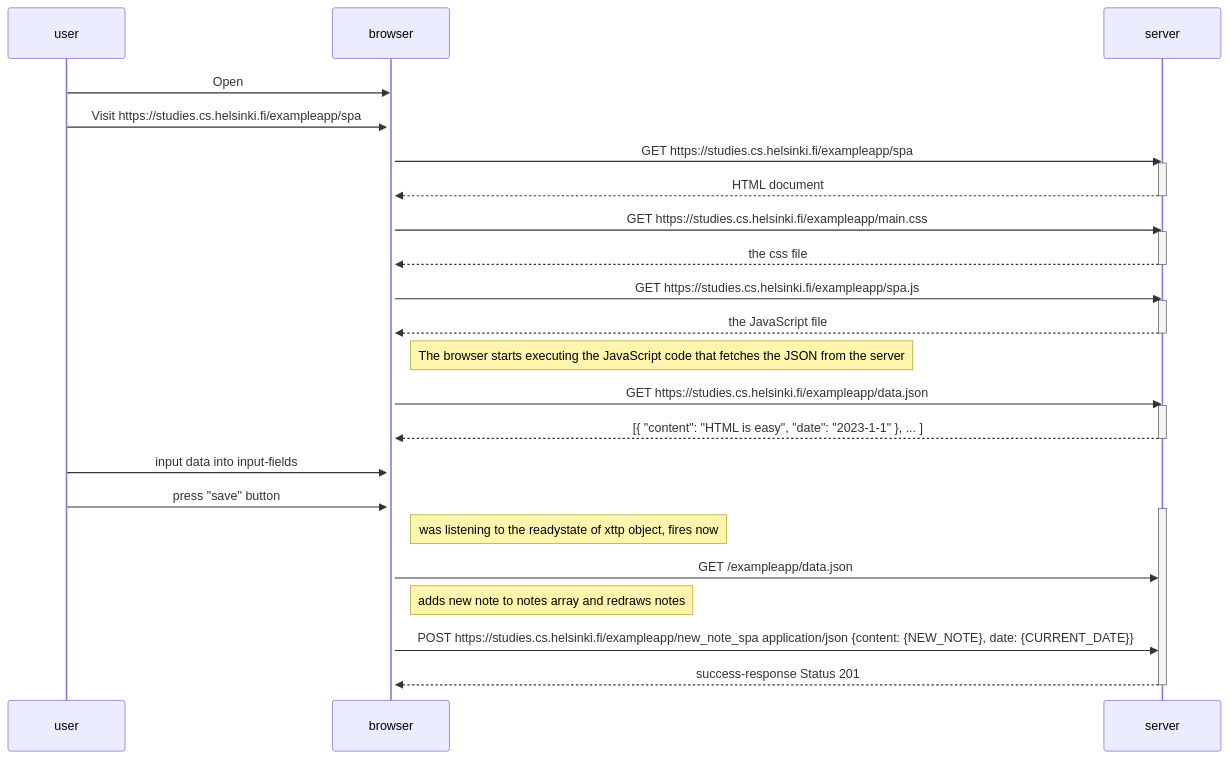
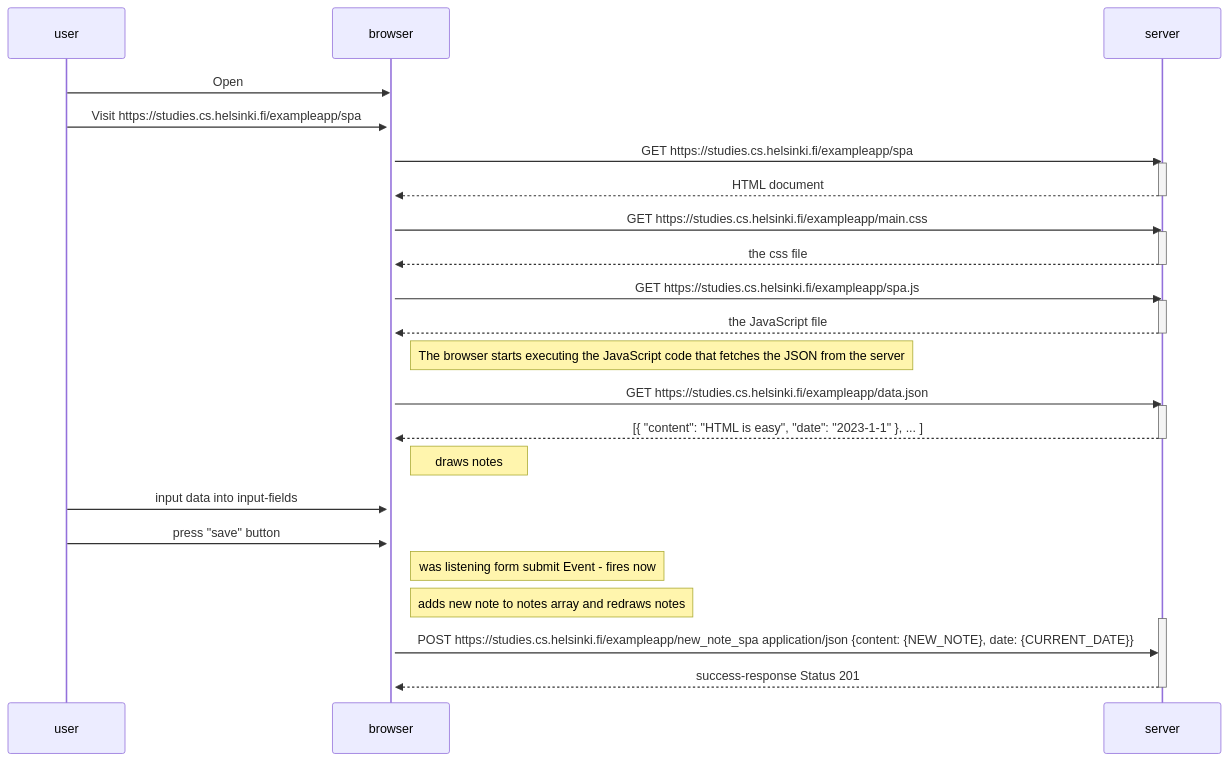
The diagram in exercises/part0/0.6/markdown.md (taltnbrg/fullstackopen), drawn with Mermaid before and after one commit.

````diff
--- a/exercises/part0/0.6/markdown.md
+++ b/exercises/part0/0.6/markdown.md
@@ -1,43 +1,43 @@
 ```mermaid
 sequenceDiagram
     participant user
     participant browser
     participant server
 
     user->>browser: Open
     activate browser
     user->>browser: Visit https://studies.cs.helsinki.fi/exampleapp/spa
     browser->>server: GET https://studies.cs.helsinki.fi/exampleapp/spa
     activate server
     server-->>browser: HTML document
     deactivate server
 
     browser->>server: GET https://studies.cs.helsinki.fi/exampleapp/main.css
     activate server
     server-->>browser: the css file
     deactivate server
 
     browser->>server: GET https://studies.cs.helsinki.fi/exampleapp/spa.js
     activate server
     server-->>browser: the JavaScript file
     deactivate server
 
     Note right of browser: The browser starts executing the JavaScript code that fetches the JSON from the server
 
     browser->>server: GET https://studies.cs.helsinki.fi/exampleapp/data.json
     activate server
     server-->>browser: [{ "content": "HTML is easy", "date": "2023-1-1" }, ... ]
     deactivate server
+    Note right of browser: draws notes
 
     user->>browser: input data into input-fields
     user->>browser: press "save" button
 
+    Note right of browser: was listening form submit Event - fires now
+    Note right of browser: adds new note to notes array and redraws notes
     activate server
-    Note right of browser: was listening to the readystate of xttp object, fires now
-    browser->>server: GET /exampleapp/data.json
-    Note right of browser: adds new note to notes array and redraws notes
     browser->>server: POST https://studies.cs.helsinki.fi/exampleapp/new_note_spa application/json {content: {NEW_NOTE}, date: {CURRENT_DATE}}
     server-->>browser: success-response Status 201
+    deactivate server
 
-    deactivate server
 ```
````
